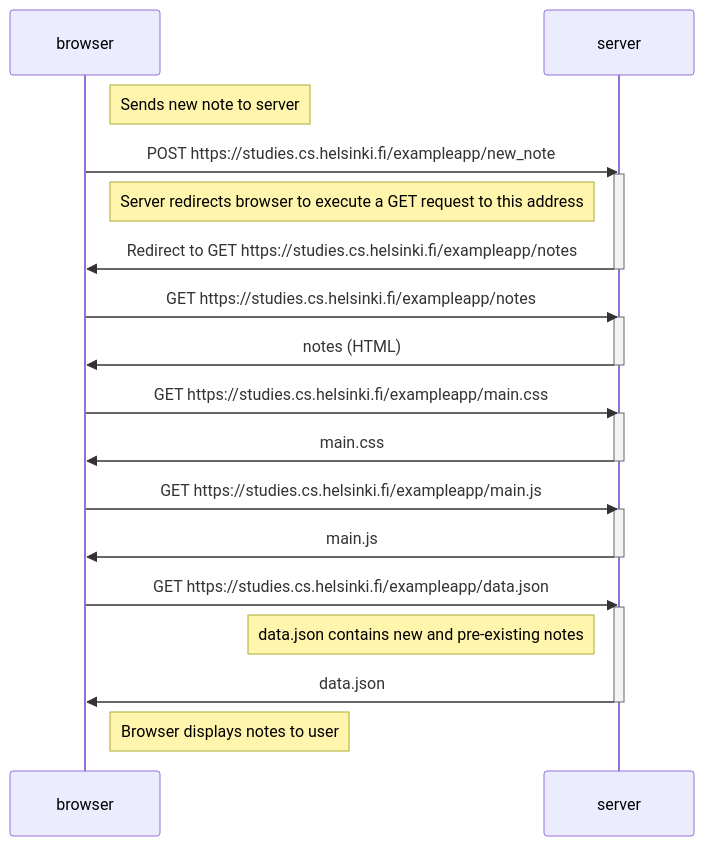
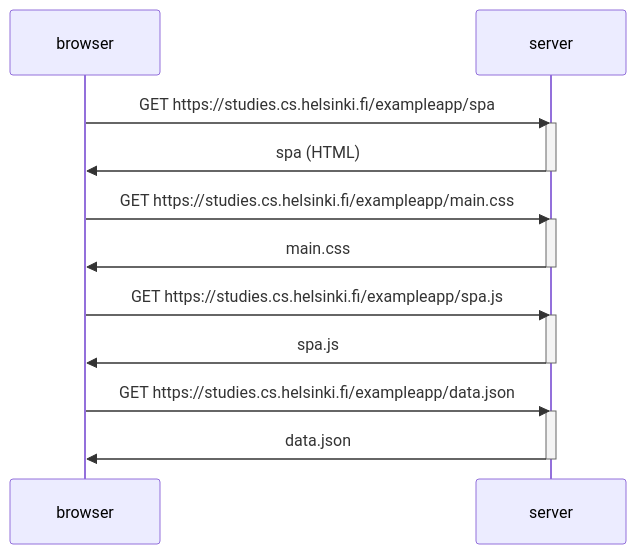
Before and after one commit to AaroSaila/fullstack_open: the diagram in osa0/0_5/sequence_diagram.md, drawn with Mermaid.

````diff
--- a/osa0/0_5/sequence_diagram.md
+++ b/osa0/0_5/sequence_diagram.md
@@ -1,36 +1,25 @@
 ```mermaid
 sequenceDiagram
     participant browser
     participant server
 
-    Note right of browser: Sends new note to server
-    browser ->> server: POST https://studies.cs.helsinki.fi/exampleapp/new_note
+    browser ->> server: GET https://studies.cs.helsinki.fi/exampleapp/spa
     activate server
-    Note left of server: Server redirects browser to execute a GET request to this address
-    server ->> browser: Redirect to GET https://studies.cs.helsinki.fi/exampleapp/notes
-    deactivate server
-
-    
-
-    browser ->> server: GET https://studies.cs.helsinki.fi/exampleapp/notes
-    activate server
-    server ->> browser: notes (HTML)
+    server ->> browser: spa (HTML)
     deactivate server
 
     browser ->> server: GET https://studies.cs.helsinki.fi/exampleapp/main.css
     activate server
     server ->> browser: main.css
     deactivate server
 
-    browser ->> server: GET https://studies.cs.helsinki.fi/exampleapp/main.js
+    browser ->> server: GET https://studies.cs.helsinki.fi/exampleapp/spa.js
     activate server
-    server ->> browser: main.js
+    server ->> browser: spa.js
     deactivate server
 
     browser ->> server: GET https://studies.cs.helsinki.fi/exampleapp/data.json
     activate server
-    Note left of server: data.json contains new and pre-existing notes
     server ->> browser: data.json
     deactivate server
-    Note right of browser: Browser displays notes to user
 ```
````
